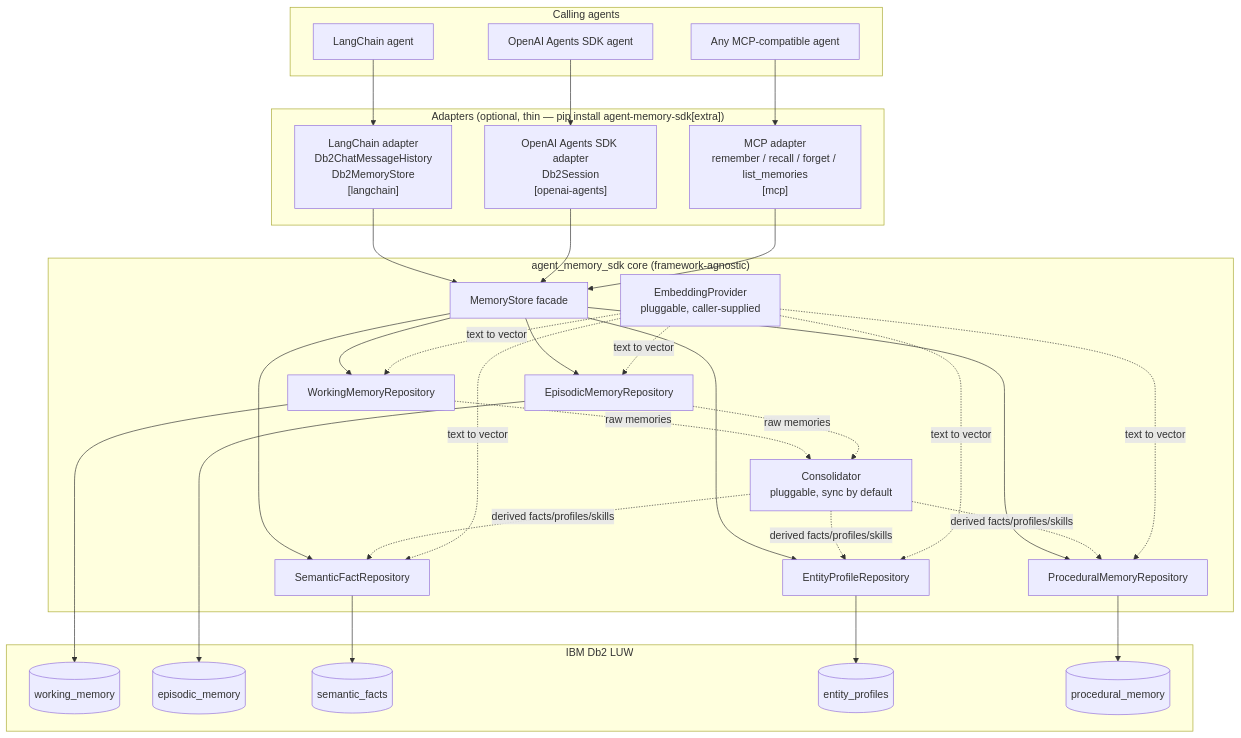
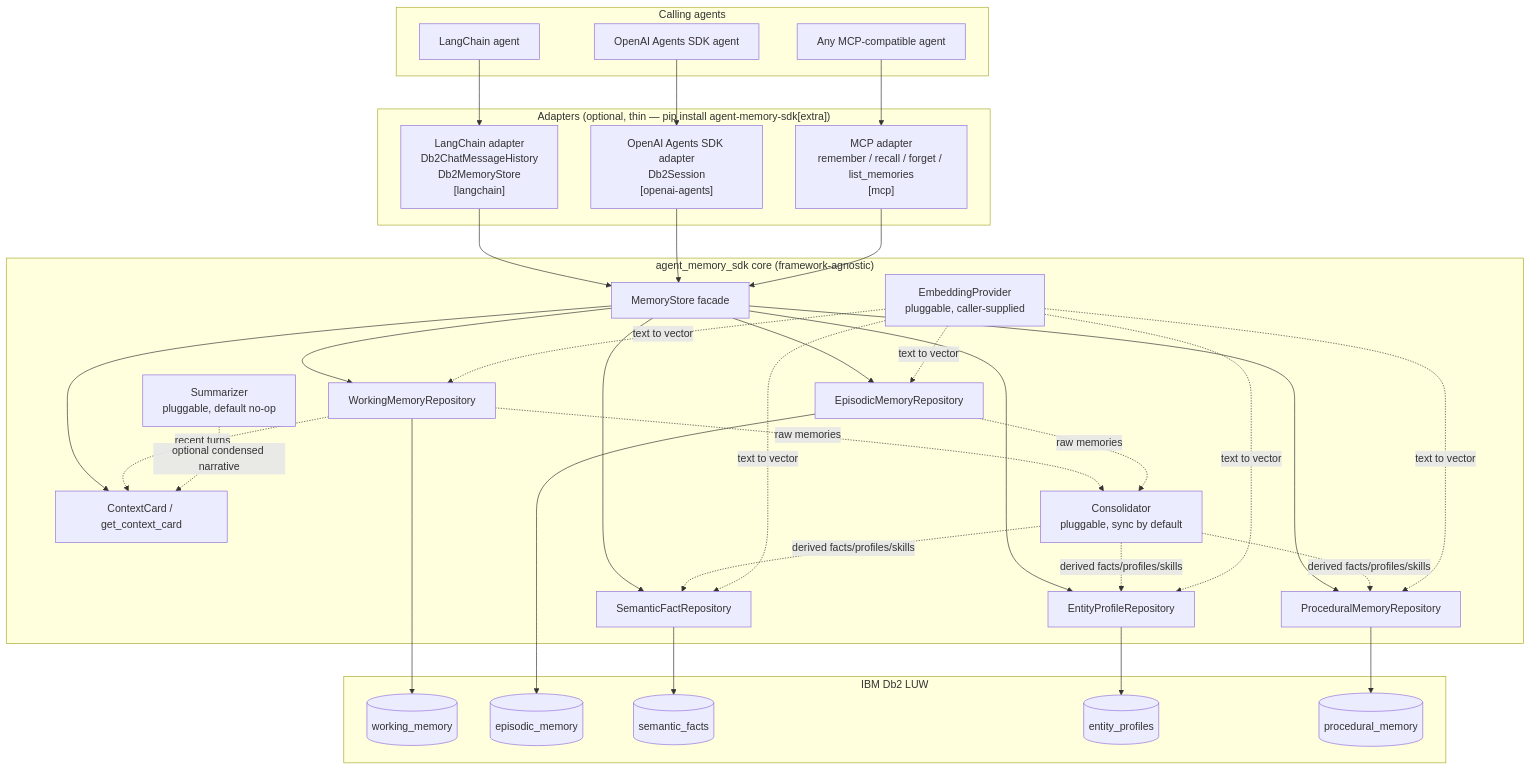
Before and after one commit to priyanshu-krishnan1/yaadien: the first of 5 diagrams in ARCHITECTURE.md, drawn with Mermaid. The commit also changed other lines of this file and 6 other files, not shown here.

Commit message:
orc-1: context card

````diff
--- a/ARCHITECTURE.md
+++ b/ARCHITECTURE.md
@@ -21,55 +21,60 @@
 ```mermaid
 flowchart TB
     subgraph Agents["Calling agents"]
         A1[LangChain agent]
         A2[OpenAI Agents SDK agent]
         A3[Any MCP-compatible agent]
     end
 
     subgraph Adapters["Adapters (optional, thin — pip install agent-memory-sdk[extra])"]
         L["LangChain adapter<br/>Db2ChatMessageHistory<br/>Db2MemoryStore<br/>[langchain]"]
         O["OpenAI Agents SDK adapter<br/>Db2Session<br/>[openai-agents]"]
         M["MCP adapter<br/>remember / recall / forget / list_memories<br/>[mcp]"]
     end
 
     subgraph Core["agent_memory_sdk core (framework-agnostic)"]
         MS[MemoryStore facade]
+        CC[ContextCard / get_context_card]
         WR[WorkingMemoryRepository]
         ER[EpisodicMemoryRepository]
         SR[SemanticFactRepository]
         PR[EntityProfileRepository]
         PC[ProceduralMemoryRepository]
         CO[Consolidator<br/>pluggable, sync by default]
+        SU[Summarizer<br/>pluggable, default no-op]
         EP[EmbeddingProvider<br/>pluggable, caller-supplied]
     end
 
     subgraph Db2["IBM Db2 LUW"]
         T1[(working_memory)]
         T2[(episodic_memory)]
         T3[(semantic_facts)]
         T4[(entity_profiles)]
         T5[(procedural_memory)]
     end
 
     A1 --> L --> MS
     A2 --> O --> MS
     A3 --> M --> MS
 
     MS --> WR --> T1
     MS --> ER --> T2
     MS --> SR --> T3
     MS --> PR --> T4
     MS --> PC --> T5
+    MS --> CC
+    WR -. recent turns .-> CC
+    SU -. optional condensed narrative .-> CC
 
     WR -. raw memories .-> CO
     ER -. raw memories .-> CO
     CO -. derived facts/profiles/skills .-> SR
     CO -. derived facts/profiles/skills .-> PR
     CO -. derived facts/profiles/skills .-> PC
 
     EP -. text to vector .-> WR
     EP -. text to vector .-> ER
     EP -. text to vector .-> SR
     EP -. text to vector .-> PR
     EP -. text to vector .-> PC
 ```
````
